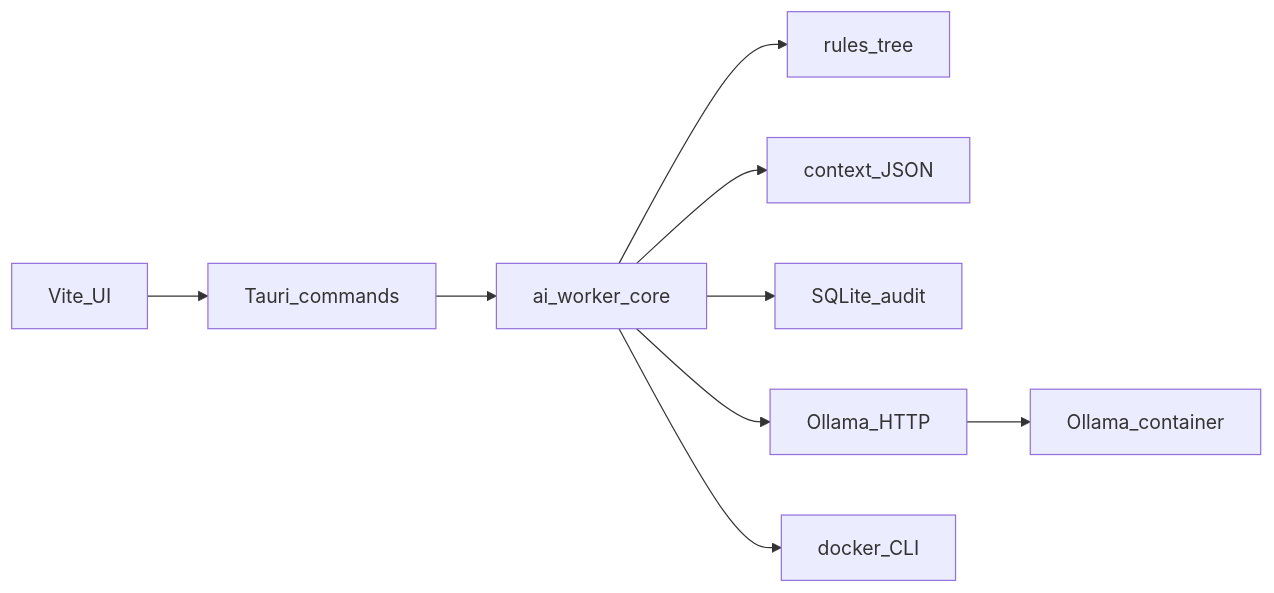
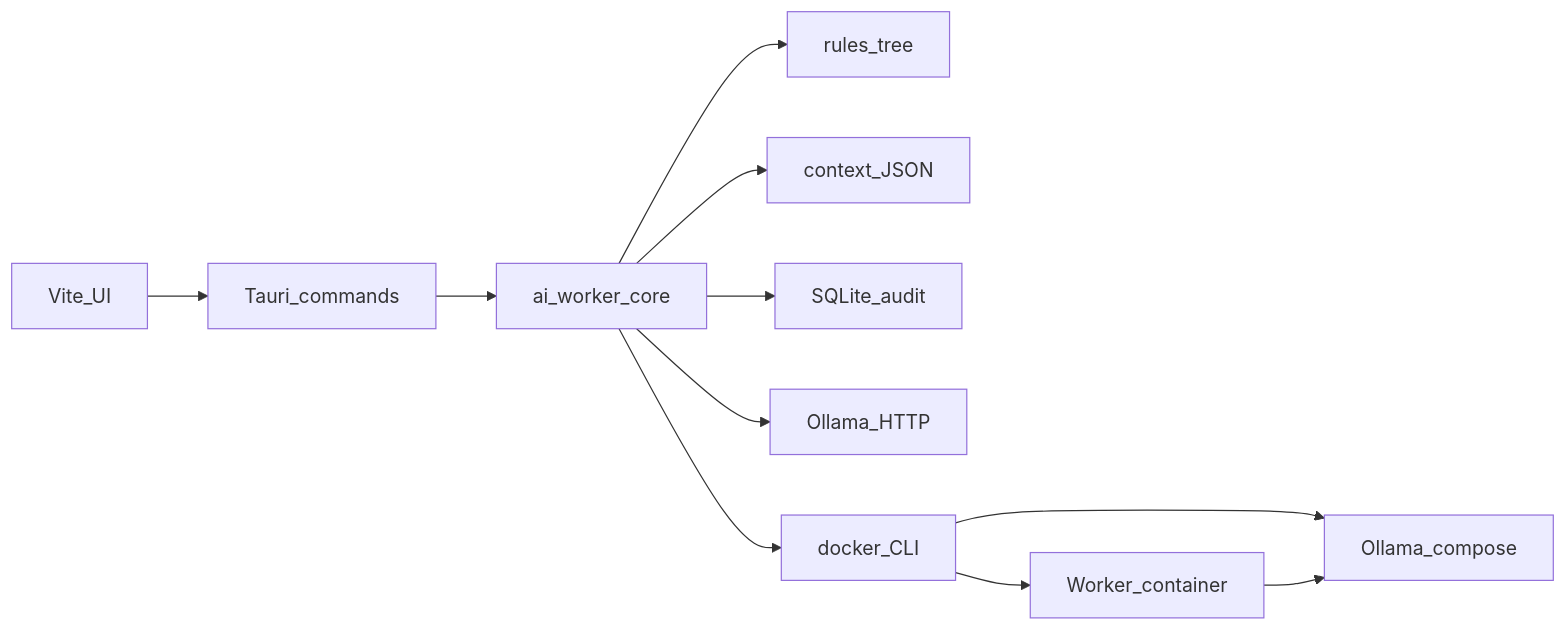
The diagram in docs/architecture.md (MichaelJ43/local-ai-worker), drawn with Mermaid before and after one commit. The commit also changed other lines of this file and 8 other files, not shown here.

First line of the commit message:
docs: add UI screenshots, process flowchart, refresh architecture

````diff
--- a/docs/architecture.md
+++ b/docs/architecture.md
@@ -3,11 +3,13 @@
 ```mermaid
 flowchart LR
   UI[Vite_UI] --> Tauri[Tauri_commands]
   Tauri --> Core[ai_worker_core]
   Core --> Rules[rules_tree]
   Core --> Ctx[context_JSON]
   Core --> Audit[SQLite_audit]
   Core --> Ollama[Ollama_HTTP]
-  Core --> DockerCheck[docker_CLI]
-  Ollama --> OllamaC[Ollama_container]
+  Core --> DockerCLI[docker_CLI]
+  DockerCLI --> OllamaC[Ollama_compose]
+  DockerCLI --> WorkerC[Worker_container]
+  WorkerC --> OllamaC
 ```
````
